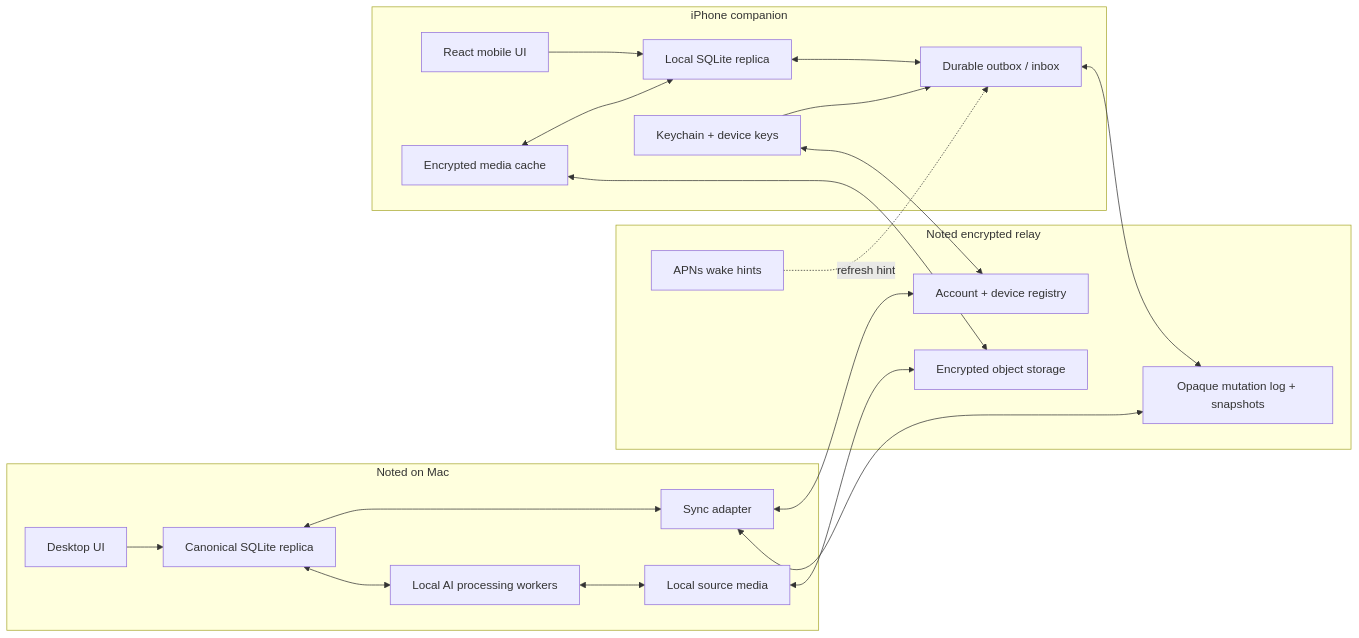
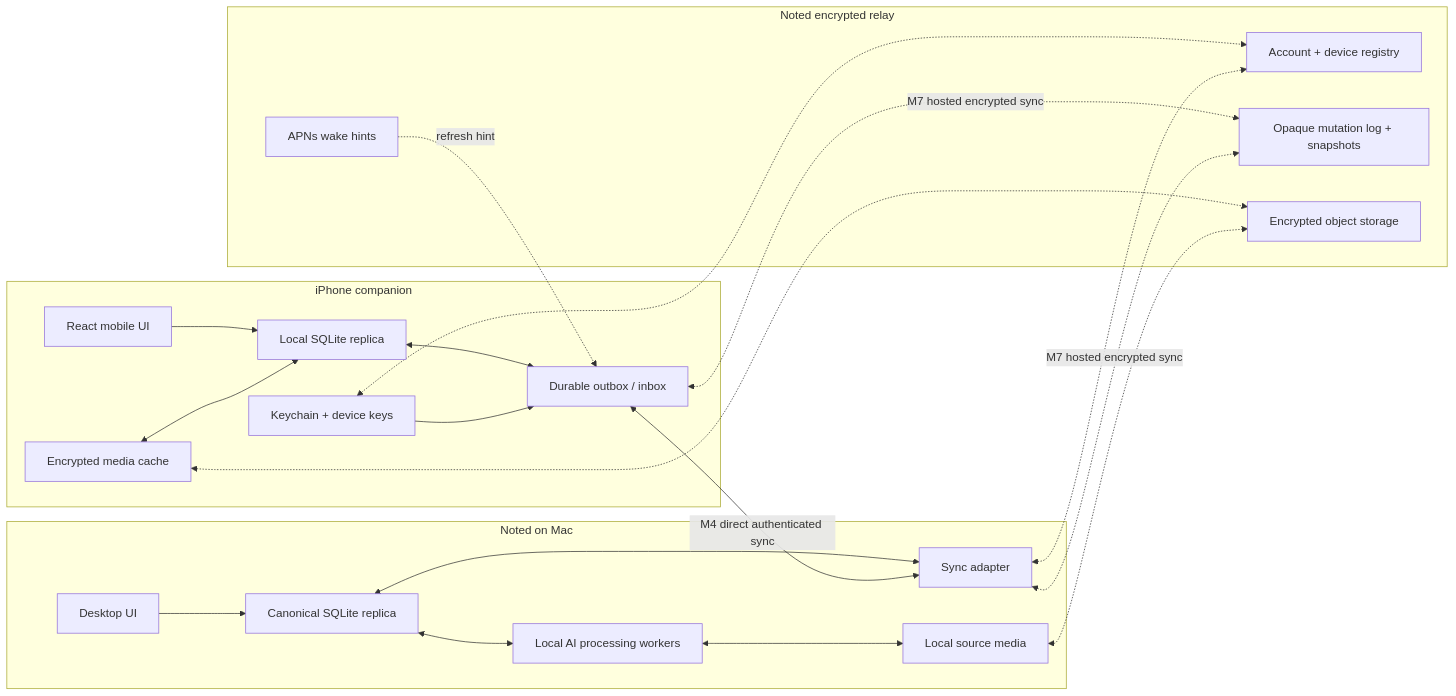
The diagram in docs/MOBILE_COMPANION_IMPLEMENTATION_PLAN.md (edisonylee/Noted), drawn with Mermaid before and after one commit. The commit also changed other lines of this file and 7 other files, not shown here.

Commit message:
Map mobile sync and hosted rollout

```diff
--- a/docs/MOBILE_COMPANION_IMPLEMENTATION_PLAN.md
+++ b/docs/MOBILE_COMPANION_IMPLEMENTATION_PLAN.md
@@ -409,41 +402,42 @@
 ~~~mermaid
 flowchart LR
     subgraph Phone["iPhone companion"]
         PUI["React mobile UI"]
         PDB["Local SQLite replica"]
         PO["Durable outbox / inbox"]
         PK["Keychain + device keys"]
         PM["Encrypted media cache"]
         PUI --> PDB
         PDB <--> PO
         PK --> PO
         PM <--> PDB
     end
 
     subgraph Relay["Noted encrypted relay"]
         AUTH["Account + device registry"]
         LOG["Opaque mutation log + snapshots"]
         BLOB["Encrypted object storage"]
         PUSH["APNs wake hints"]
     end
 
     subgraph Mac["Noted on Mac"]
         MUI["Desktop UI"]
         MDB["Canonical SQLite replica"]
         MO["Sync adapter"]
         AI["Local AI processing workers"]
         MM["Local source media"]
         MUI --> MDB
         MDB <--> MO
         MDB <--> AI
         AI <--> MM
     end
 
-    PO <--> LOG
-    MO <--> LOG
-    PK <--> AUTH
-    MO <--> AUTH
-    PM <--> BLOB
-    MM <--> BLOB
+    PO <-->|"M4 direct authenticated sync"| MO
+    PO <-.->|"M7 hosted encrypted sync"| LOG
+    MO <-.->|"M7 hosted encrypted sync"| LOG
+    PK <-.-> AUTH
+    MO <-.-> AUTH
+    PM <-.-> BLOB
+    MM <-.-> BLOB
     PUSH -. "refresh hint" .-> PO
 ~~~
```
